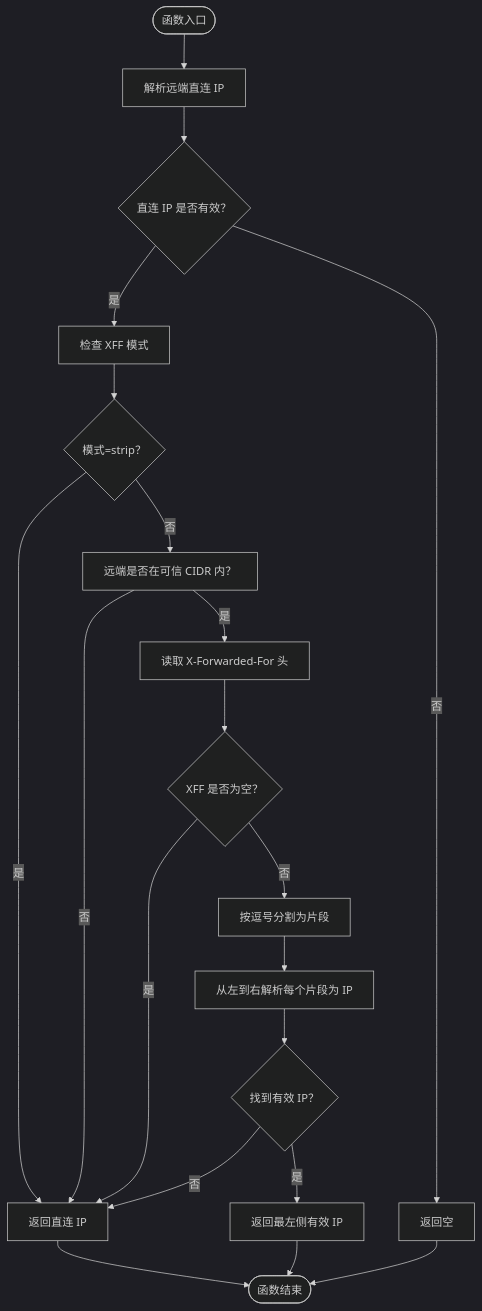
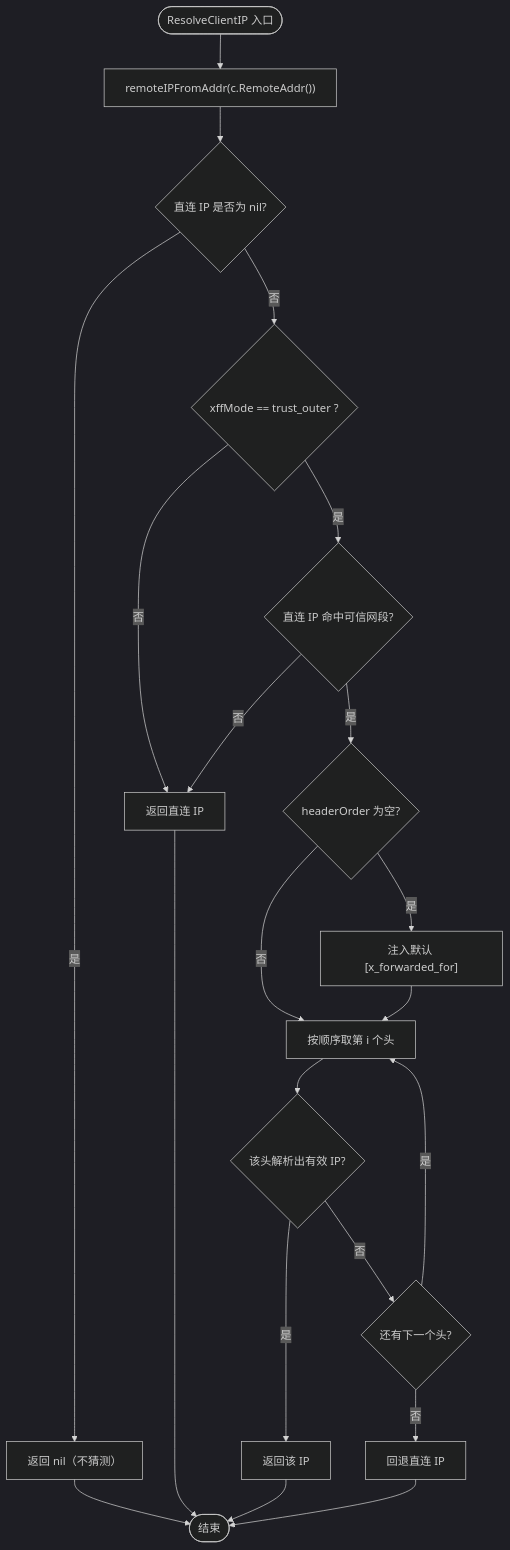
Before and after one commit to x01n/My-OpenWaf: the third of 6 diagrams in docs/安全机制/客户端 IP 获取.md, drawn with Mermaid (dark theme). The commit also changed other lines of this file and 622 other files, not shown here.

````diff
--- a/docs/安全机制/客户端 IP 获取.md
+++ b/docs/安全机制/客户端 IP 获取.md
@@ -143,22 +209,23 @@
 ```mermaid
 flowchart TD
-Start(["函数入口"]) --> ParseRemote["解析远端直连 IP"]
-ParseRemote --> RemoteNil{"直连 IP 是否有效？"}
-RemoteNil --> |否| ReturnNil["返回空"]
-RemoteNil --> |是| CheckMode["检查 XFF 模式"]
-CheckMode --> ModeStrip{"模式=strip？"}
-ModeStrip --> |是| ReturnDirect["返回直连 IP"]
-ModeStrip --> |否| CheckTrusted["远端是否在可信 CIDR 内？"]
-CheckTrusted --> |否| ReturnDirect
-CheckTrusted --> |是| ReadXFF["读取 X-Forwarded-For 头"]
-ReadXFF --> XFFEmpty{"XFF 是否为空？"}
-XFFEmpty --> |是| ReturnDirect
-XFFEmpty --> |否| SplitParts["按逗号分割为片段"]
-SplitParts --> ParseLeftmost["从左到右解析每个片段为 IP"]
-ParseLeftmost --> FoundIP{"找到有效 IP？"}
-FoundIP --> |是| ReturnLeftmost["返回最左侧有效 IP"]
-FoundIP --> |否| ReturnDirect
-ReturnDirect --> End(["函数结束"])
-ReturnLeftmost --> End
-ReturnNil --> End
+  S(["ResolveClientIP 入口"]) --> R["remoteIPFromAddr(c.RemoteAddr())"]
+  R --> RN{"直连 IP 是否为 nil?"}
+  RN --> |是| RET0["返回 nil（不猜测）"]
+  RN --> |否| M{"xffMode == trust_outer ?"}
+  M --> |否| RETD["返回直连 IP"]
+  M --> |是| T{"直连 IP 命中可信网段?"}
+  T --> |否| RETD
+  T --> |是| HO{"headerOrder 为空?"}
+  HO --> |是| DEF["注入默认 [x_forwarded_for]"]
+  HO --> |否| LOOP
+  DEF --> LOOP["按顺序取第 i 个头"]
+  LOOP --> GET{"该头解析出有效 IP?"}
+  GET --> |是| RETL["返回该 IP"]
+  GET --> |否| MORE{"还有下一个头?"}
+  MORE --> |是| LOOP
+  MORE --> |否| RETD2["回退直连 IP"]
+  RET0 --> E(["结束"])
+  RETD --> E
+  RETL --> E
+  RETD2 --> E
 ```
````
